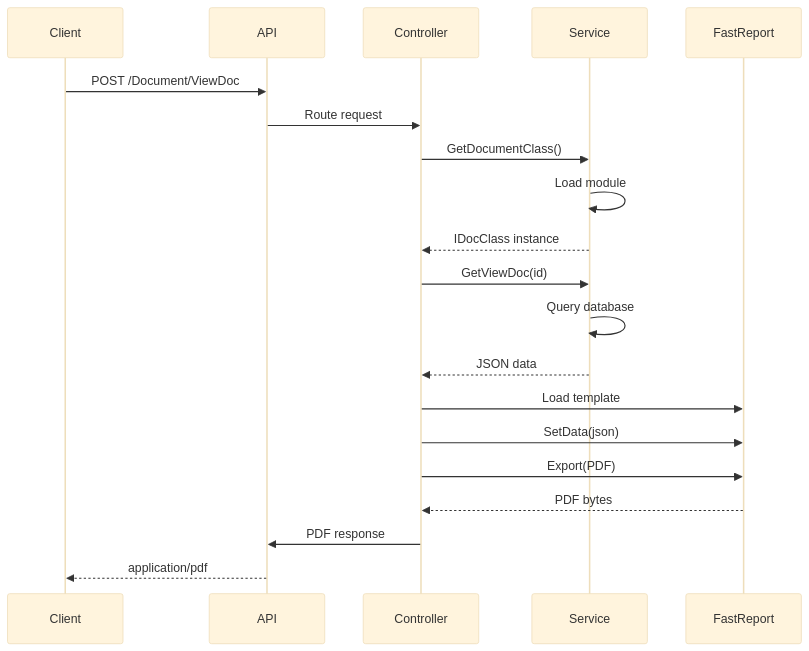
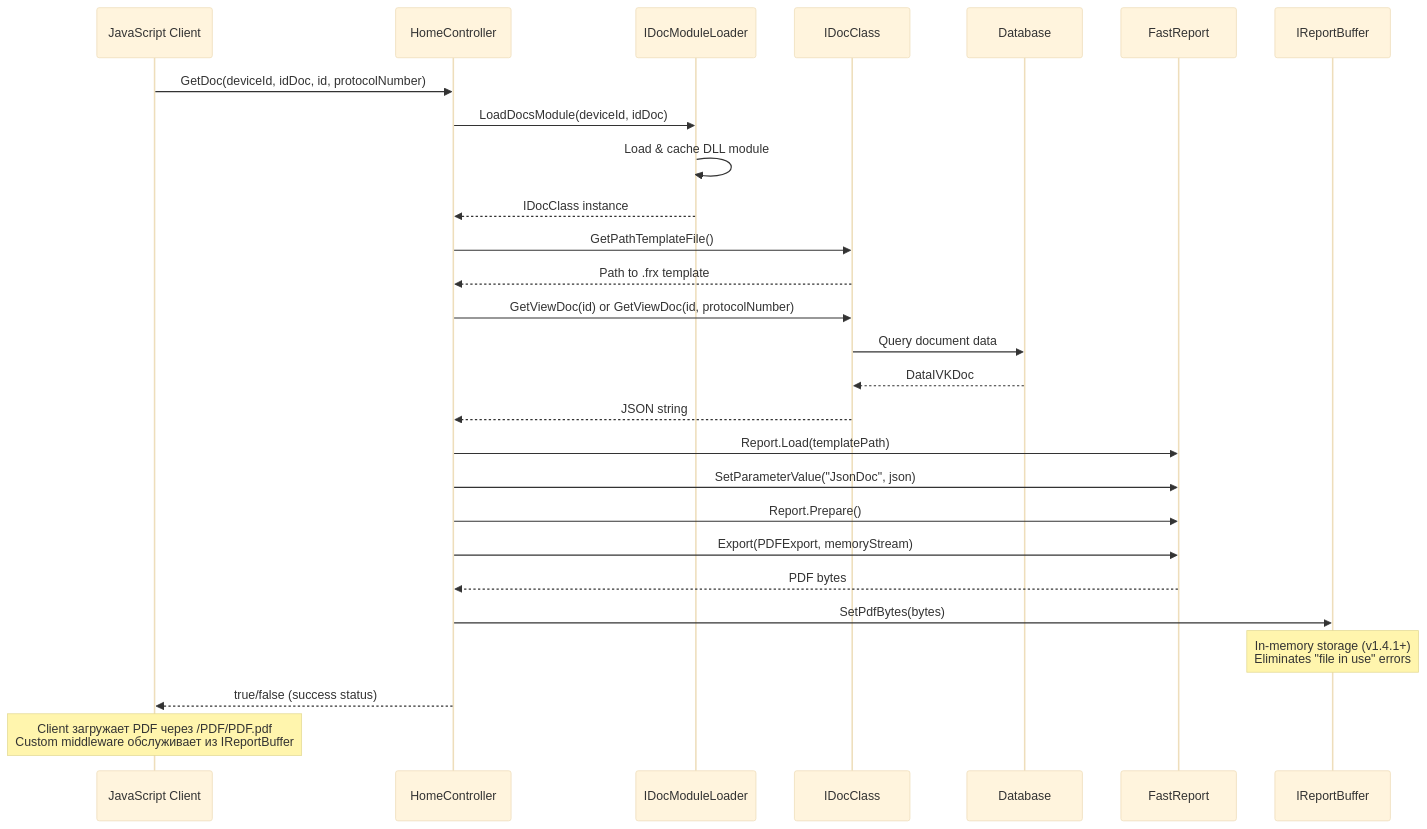
The first of 4 diagrams in docs/api/endpoints.md (tn-ivk/tn-doc), drawn with Mermaid (base theme) before and after one commit. The commit also changed other lines of this file, not shown here.

First line of the commit message:
Актуализация API документации: исправлены sequence диаграммы и описания эндпоинтов

````diff
--- a/docs/api/endpoints.md
+++ b/docs/api/endpoints.md
@@ -1076,26 +976,36 @@
 ```mermaid
 sequenceDiagram
-    participant Client
-    participant API
-    participant Controller
-    participant Service
+    participant Client as JavaScript Client
+    participant HomeController
+    participant DocModuleLoader as IDocModuleLoader
+    participant DocModule as IDocClass
+    participant DB as Database
     participant FastReport
+    participant ReportBuffer as IReportBuffer
 
-    Client->>API: POST /Document/ViewDoc
-    API->>Controller: Route request
-    Controller->>Service: GetDocumentClass()
-    Service->>Service: Load module
-    Service-->>Controller: IDocClass instance
+    Client->>HomeController: GetDoc(deviceId, idDoc, id, protocolNumber)
+    HomeController->>DocModuleLoader: LoadDocsModule(deviceId, idDoc)
+    DocModuleLoader->>DocModuleLoader: Load & cache DLL module
+    DocModuleLoader-->>HomeController: IDocClass instance
 
-    Controller->>Service: GetViewDoc(id)
-    Service->>Service: Query database
-    Service-->>Controller: JSON data
+    HomeController->>DocModule: GetPathTemplateFile()
+    DocModule-->>HomeController: Path to .frx template
 
-    Controller->>FastReport: Load template
-    Controller->>FastReport: SetData(json)
-    Controller->>FastReport: Export(PDF)
-    FastReport-->>Controller: PDF bytes
+    HomeController->>DocModule: GetViewDoc(id) or GetViewDoc(id, protocolNumber)
+    DocModule->>DB: Query document data
+    DB-->>DocModule: DataIVKDoc
+    DocModule-->>HomeController: JSON string
 
-    Controller->>API: PDF response
-    API-->>Client: application/pdf
+    HomeController->>FastReport: Report.Load(templatePath)
+    HomeController->>FastReport: SetParameterValue("JsonDoc", json)
+    HomeController->>FastReport: Report.Prepare()
+    HomeController->>FastReport: Export(PDFExport, memoryStream)
+    FastReport-->>HomeController: PDF bytes
+
+    HomeController->>ReportBuffer: SetPdfBytes(bytes)
+    Note over ReportBuffer: In-memory storage (v1.4.1+)<br/>Eliminates "file in use" errors
+
+    HomeController-->>Client: true/false (success status)
+
+    Note over Client: Client загружает PDF через /PDF/PDF.pdf<br/>Custom middleware обслуживает из IReportBuffer
 ```
````
